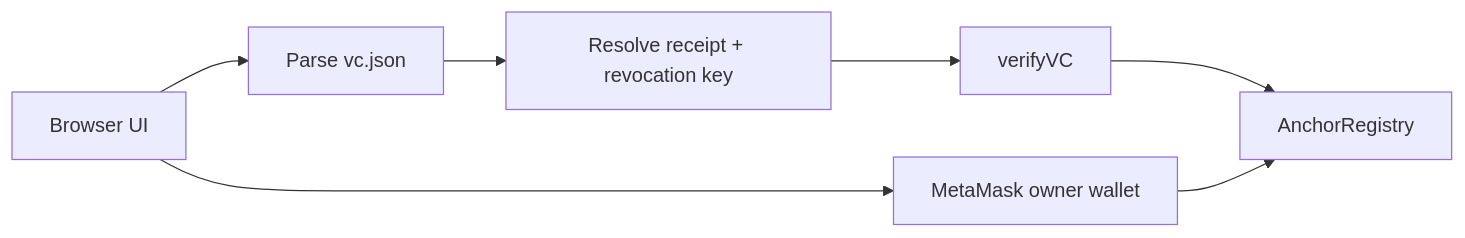
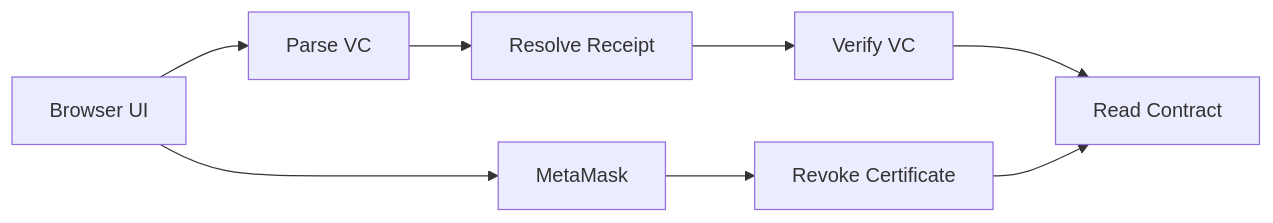
Before and after one commit to huypengin/IU-VC-Cert-University: the third of 4 diagrams in docs/issuer-architecture.md, drawn with Mermaid. The commit also changed other lines of this file and 18 other files, not shown here.

````diff
--- a/docs/issuer-architecture.md
+++ b/docs/issuer-architecture.md
@@ -256,16 +269,18 @@
 ```mermaid
 flowchart LR
-    Browser[Browser UI]
-    Parse[Parse vc.json]
-    Resolve[Resolve receipt + revocation key]
-    Verify[verifyVC]
-    Contract[AnchorRegistry]
-    Wallet[MetaMask owner wallet]
+    Browser["Browser UI"]
+    Parse["Parse VC"]
+    Resolve["Resolve Receipt"]
+    Verify["Verify VC"]
+    Chain["Read Contract"]
+    Wallet["MetaMask"]
+    Revoke["Revoke Certificate"]
 
     Browser --> Parse
     Parse --> Resolve
     Resolve --> Verify
-    Verify --> Contract
+    Verify --> Chain
     Browser --> Wallet
-    Wallet --> Contract
+    Wallet --> Revoke
+    Revoke --> Chain
 ```
````
